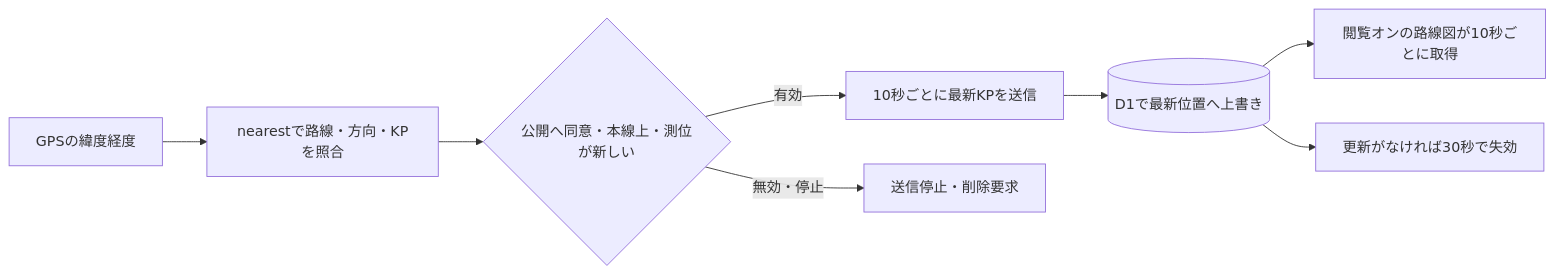
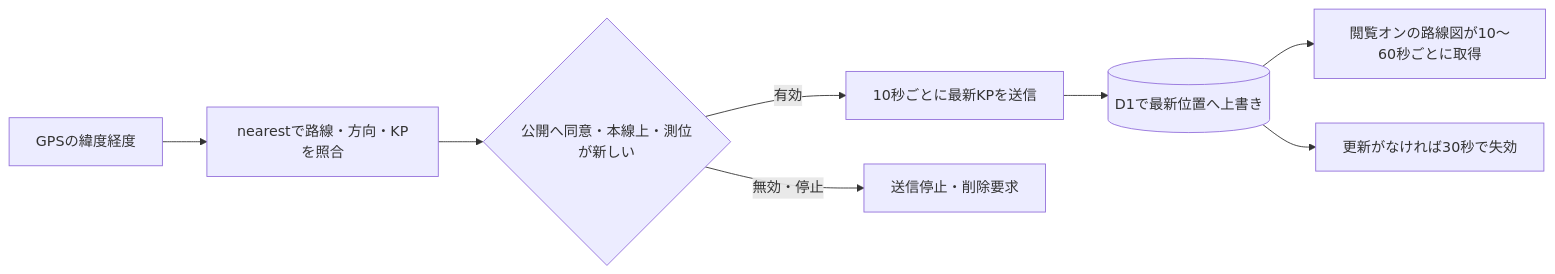
Before and after one commit to shoxtechlab/highway-kp-viewer-public: the diagram in docs/live-locations.md, drawn with Mermaid. The commit also changed other lines of this file and 11 other files, not shown here.

````diff
--- a/docs/live-locations.md
+++ b/docs/live-locations.md
@@ -79,10 +81,10 @@
 ```mermaid
 flowchart LR
     G[GPSの緯度経度] --> N[nearestで路線・方向・KPを照合]
     N --> C{公開へ同意・本線上・測位が新しい}
     C -->|有効| P[10秒ごとに最新KPを送信]
     P --> D[(D1で最新位置へ上書き)]
-    D --> V[閲覧オンの路線図が10秒ごとに取得]
+    D --> V[閲覧オンの路線図が10〜60秒ごとに取得]
     C -->|無効・停止| X[送信停止・削除要求]
     D --> T[更新がなければ30秒で失効]
 ```
````
